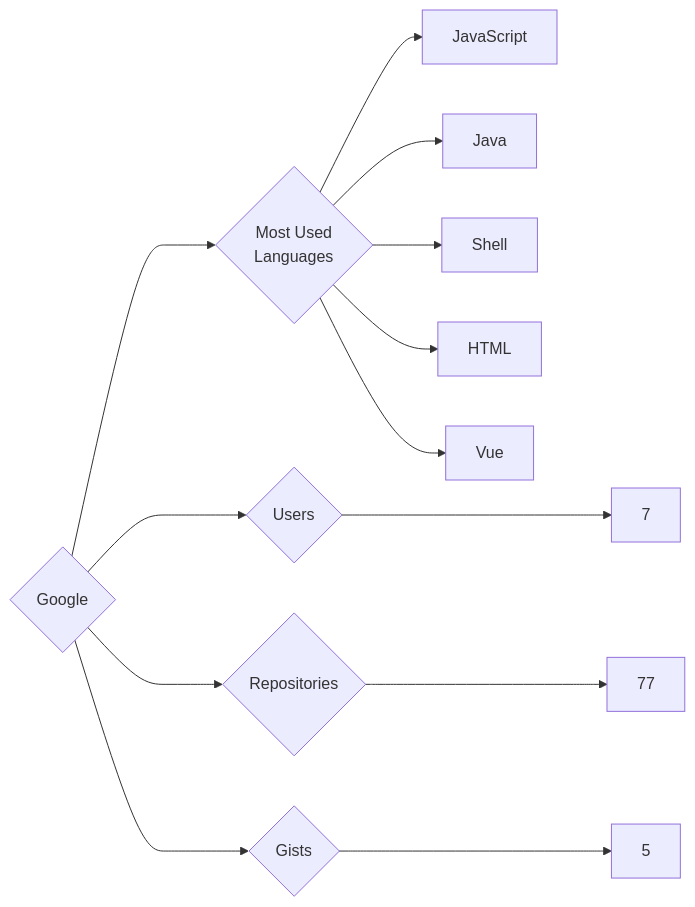
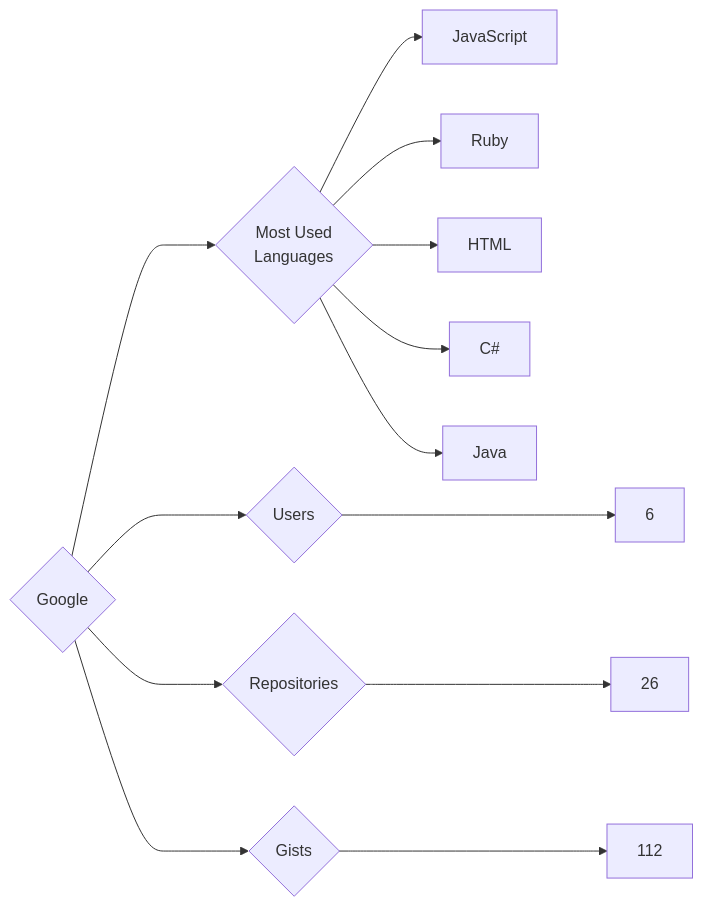
One commit to trickest/insiders changed the diagram in targets/Google/README.md. Above: the diagram before and after it, drawn with Mermaid. The commit also changed 724 other files, not shown here.

````diff
--- a/targets/Google/README.md
+++ b/targets/Google/README.md
@@ -3,13 +3,13 @@
 ```mermaid
 graph LR
 COMPANY_NAME{Google}
-COMPANY_NAME ---> U{Users} ---> UN[7]
-COMPANY_NAME ---> R{Repositories} ---> RN[77]
-COMPANY_NAME ---> G{Gists} ---> GN[5]
+COMPANY_NAME ---> U{Users} ---> UN[6]
+COMPANY_NAME ---> R{Repositories} ---> RN[26]
+COMPANY_NAME ---> G{Gists} ---> GN[112]
 COMPANY_NAME ---> ML{Most Used<br>Languages}
 ML --> JavaScript[JavaScript]
+ML --> Ruby[Ruby]
+ML --> HTML[HTML]
+ML --> C#[C#]
 ML --> Java[Java]
-ML --> Shell[Shell]
-ML --> HTML[HTML]
-ML --> Vue[Vue]
 ```
````
